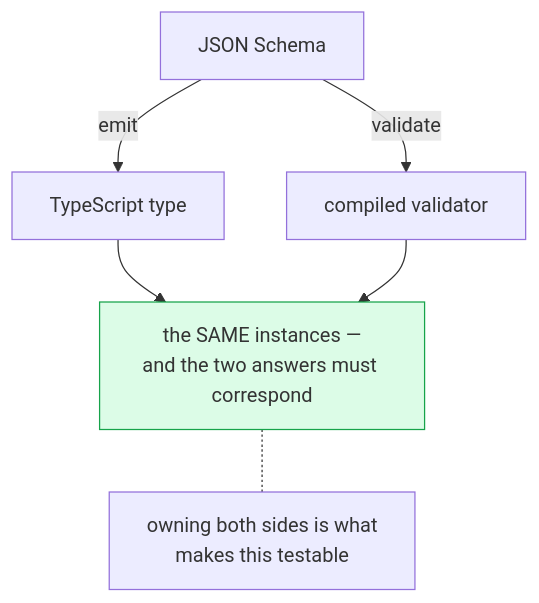
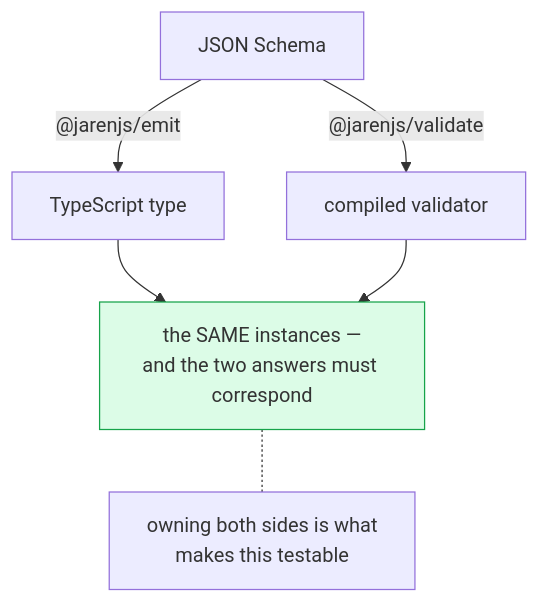
One commit to jklarenbeek/jarenjs changed the diagram in packages/emit/README.md. Above: the diagram before and after it, drawn with Mermaid. The commit also changed 22 other files, not shown here.

````diff
--- a/packages/emit/README.md
+++ b/packages/emit/README.md
@@ -59,16 +59,16 @@
 ```mermaid
 flowchart TD
     S["JSON Schema"]
     T["TypeScript type"]
     V["compiled validator"]
     C["the SAME instances —<br/>and the two answers must correspond"]
-    S -->|emit| T
-    S -->|validate| V
+    S -->|"@jarenjs/emit"| T
+    S -->|"@jarenjs/validate"| V
     T --> C
     V --> C
     N["owning both sides is what<br/>makes this testable"]
     C -.- N
     classDef answer fill:#dcfce7,stroke:#16a34a
     class C answer
     class N note
 ```
````
